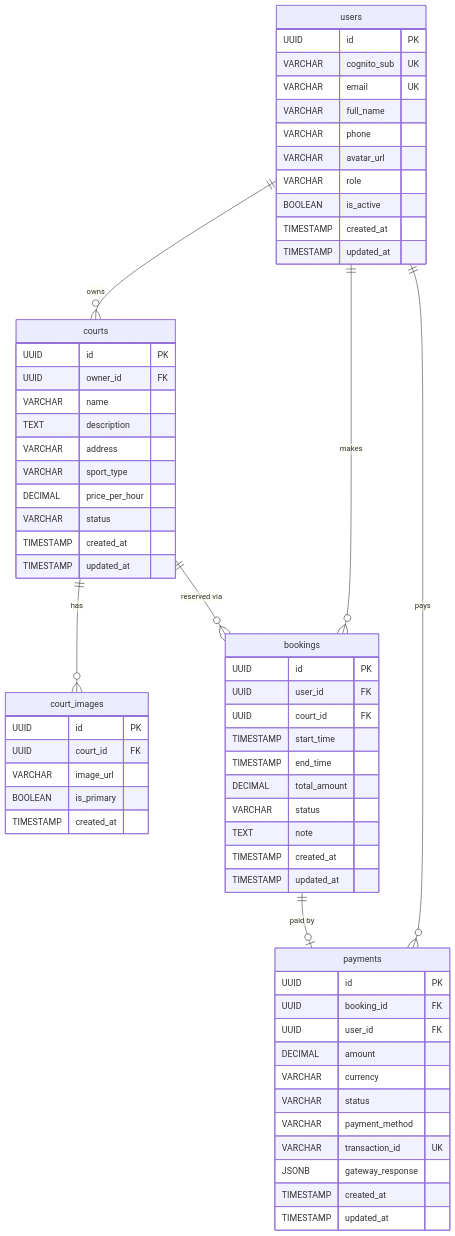
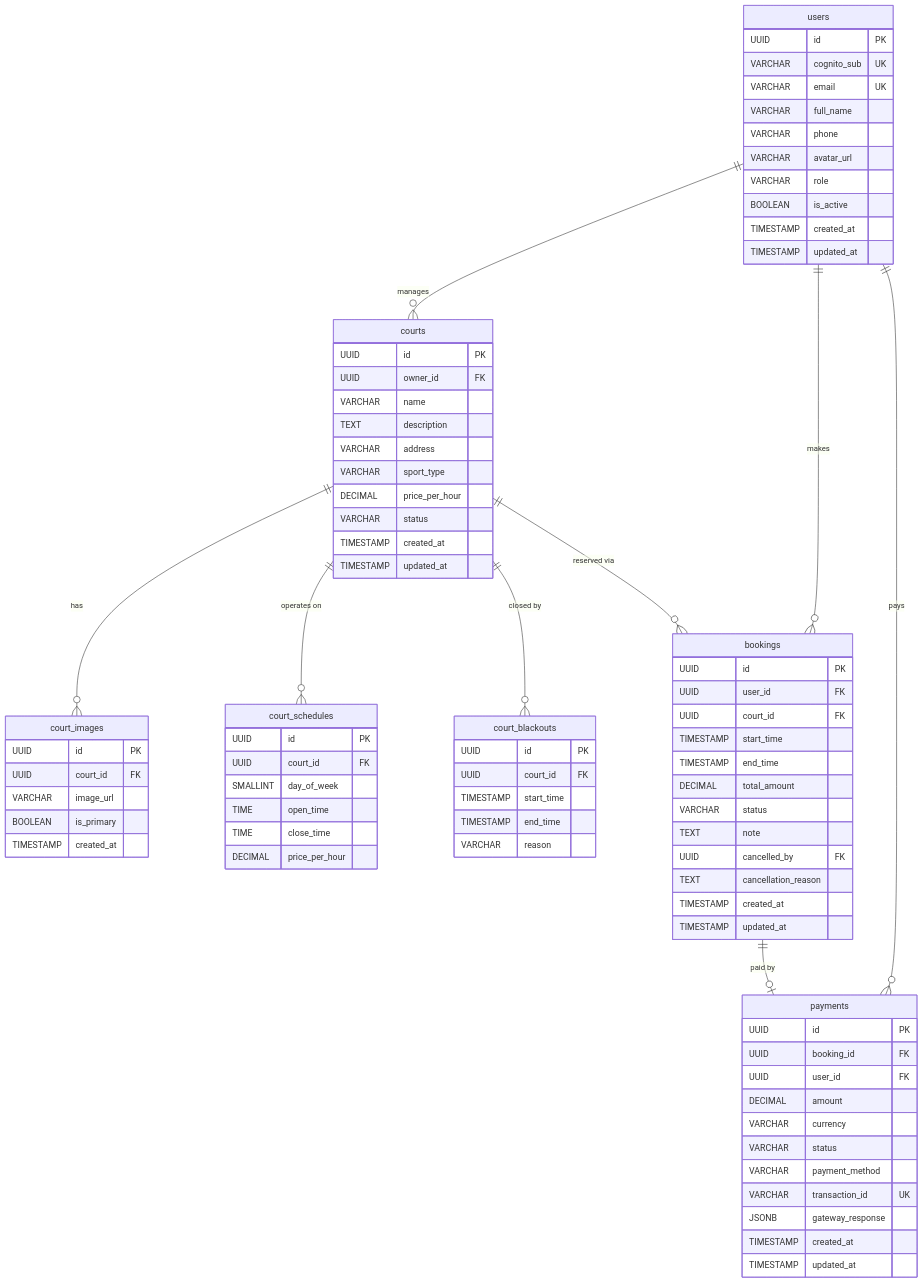
Before and after one commit to minyryo/aws-fcaj-2026: the diagram in content/2-Proposal/2.1-Architecture/_index.md, drawn with Mermaid. The commit also changed other lines of this file and 3 other files, not shown here.

```diff
--- a/content/2-Proposal/2.1-Architecture/_index.md
+++ b/content/2-Proposal/2.1-Architecture/_index.md
@@ -232,6 +281,21 @@
 BOOLEAN is_primary
 TIMESTAMP created_at
 }
+court_schedules {
+UUID id PK
+UUID court_id FK
+SMALLINT day_of_week
+TIME open_time
+TIME close_time
+DECIMAL price_per_hour
+}
+court_blackouts {
+UUID id PK
+UUID court_id FK
+TIMESTAMP start_time
+TIMESTAMP end_time
+VARCHAR reason
+}
 bookings {
 UUID id PK
 UUID user_id FK
@@ -241,6 +305,8 @@
 DECIMAL total_amount
 VARCHAR status
 TEXT note
+UUID cancelled_by FK
+TEXT cancellation_reason
 TIMESTAMP created_at
 TIMESTAMP updated_at
 }
@@ -258,10 +324,12 @@
 TIMESTAMP updated_at
 }
 
-    users ||--o{ courts : "owns"
+    users ||--o{ courts : "manages"
     users ||--o{ bookings : "makes"
     users ||--o{ payments : "pays"
     courts ||--o{ court_images : "has"
+    courts ||--o{ court_schedules : "operates on"
+    courts ||--o{ court_blackouts : "closed by"
     courts ||--o{ bookings : "reserved via"
     bookings ||--o| payments : "paid by"
 
```
